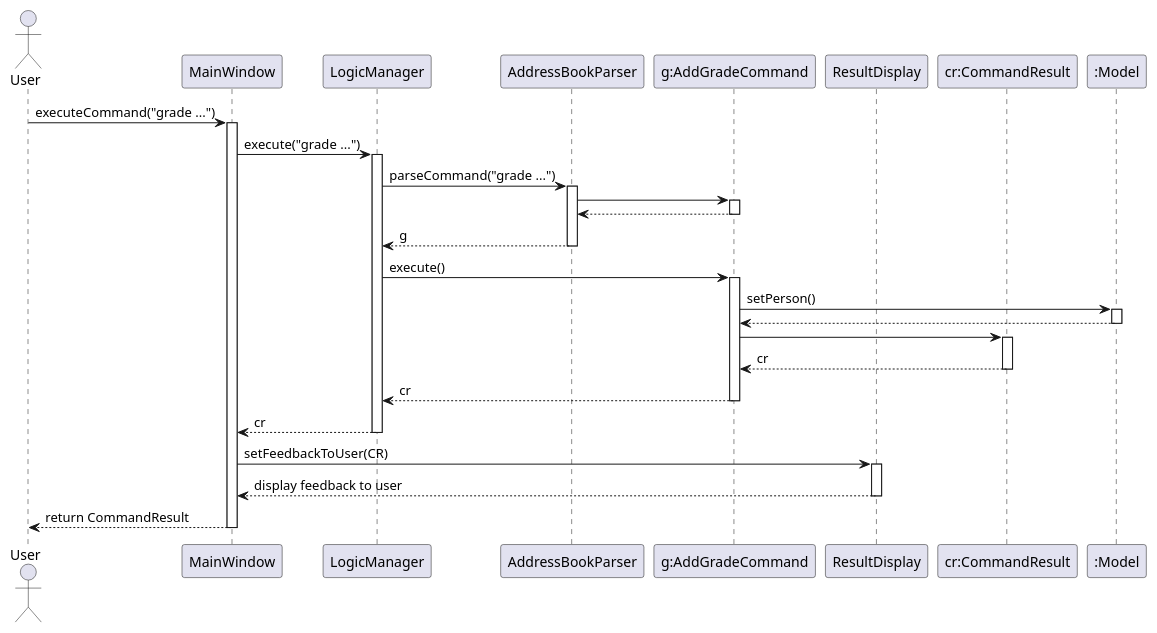
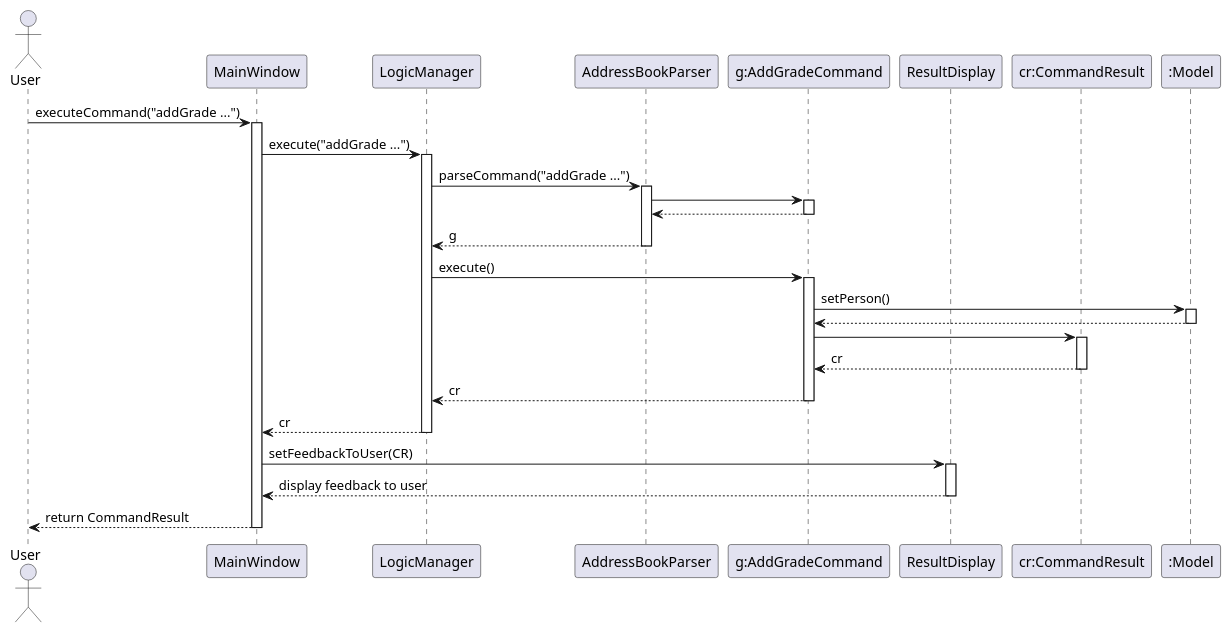
One commit to AY2425S1-CS2103T-T08-4/tp changed the diagram in addGradeCommand.puml. Above: the diagram before and after it, drawn with PlantUML. The commit also changed 22 other files, not shown here.

```diff
--- a/addGradeCommand.puml
+++ b/addGradeCommand.puml
@@ -1,44 +1,48 @@
 @startuml
 actor User
 participant "MainWindow" as MW
 participant "LogicManager" as LM
 participant "AddressBookParser" as ABP
 participant "g:AddGradeCommand" as OAGC
 participant "ResultDisplay" as RD
 participant "cr:CommandResult" as CR
 participant ":Model" as M
 
+/'
+This diagram shows the normal flow of adding grade to a person's gradeList.
+The flow assumes correct input from user.
+'/
 
-User -> MW: executeCommand("grade ...")
+User -> MW: executeCommand("addGrade ...")
 activate MW
-MW -> LM: execute("grade ...")
+MW -> LM: execute("addGrade ...")
 activate LM
-LM -> ABP: parseCommand("grade ...")
+LM -> ABP: parseCommand("addGrade ...")
 activate ABP
 ABP -> OAGC
 activate OAGC
 OAGC --> ABP
 deactivate OAGC
 ABP --> LM: g
 deactivate ABP
 LM -> OAGC: execute()
 activate OAGC
 OAGC -> M: setPerson()
 activate M
 M --> OAGC
 deactivate M
 OAGC -> CR
 activate CR
 CR --> OAGC: cr
 deactivate CR
 OAGC --> LM: cr
 deactivate OAGC
 LM --> MW: cr
 deactivate LM
 MW -> RD: setFeedbackToUser(CR)
 activate RD
 RD --> MW: display feedback to user
 deactivate RD
 MW --> User: return CommandResult
 deactivate MW
 @enduml
```
